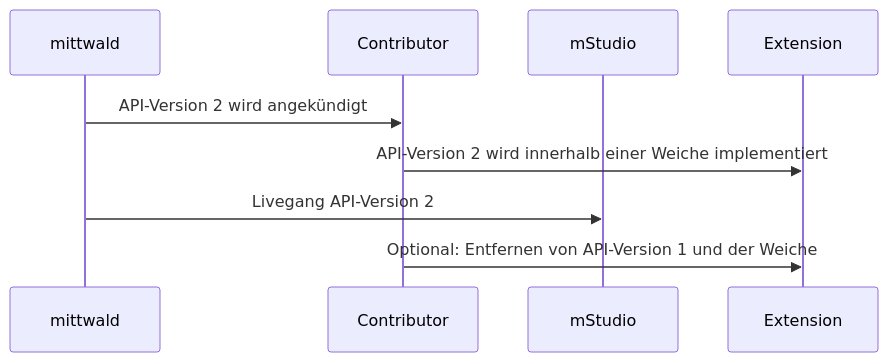
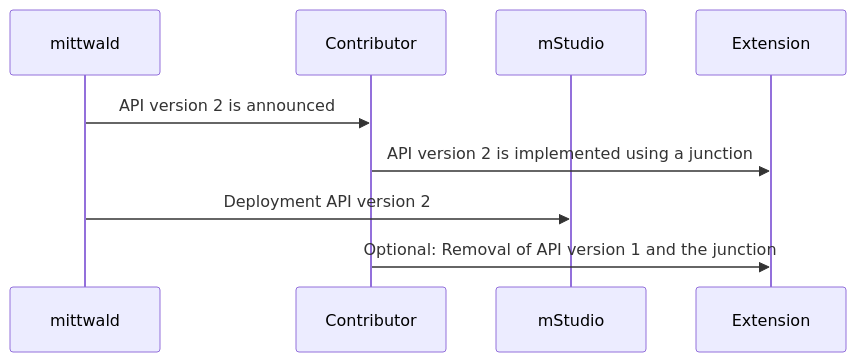
The diagram in docs/contribution/3-overview/3-concepts/7-api-versioning.mdx (mittwald/developer-portal), drawn with Mermaid before and after one commit. The commit also changed other lines of this file, not shown here.

Commit message:
api versioning

````diff
--- a/docs/contribution/3-overview/3-concepts/7-api-versioning.mdx
+++ b/docs/contribution/3-overview/3-concepts/7-api-versioning.mdx
@@ -17,12 +18,12 @@
 ```mermaid
 sequenceDiagram
     participant mittwald
     participant Contributor
     participant mStudio
     participant Extension
 
-    mittwald->>Contributor: API-Version 2 wird angekündigt
-    Contributor->>Extension: API-Version 2 wird innerhalb einer Weiche implementiert
-    mittwald->>mStudio: Livegang API-Version 2
-    Contributor->>Extension: Optional: Entfernen von API-Version 1 und der Weiche
+    mittwald->>Contributor: API version 2 is announced
+    Contributor->>Extension: API version 2 is implemented using a junction
+    mittwald->>mStudio: Deployment API version 2
+    Contributor->>Extension: Optional: Removal of API version 1 and the junction
 ```
````
